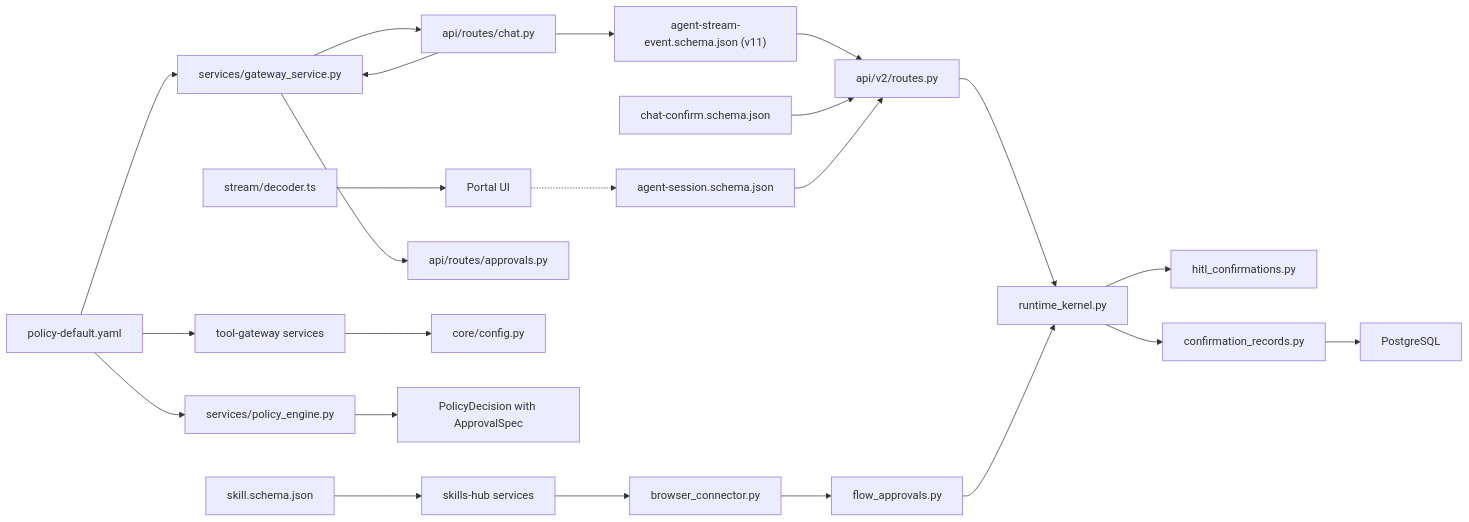
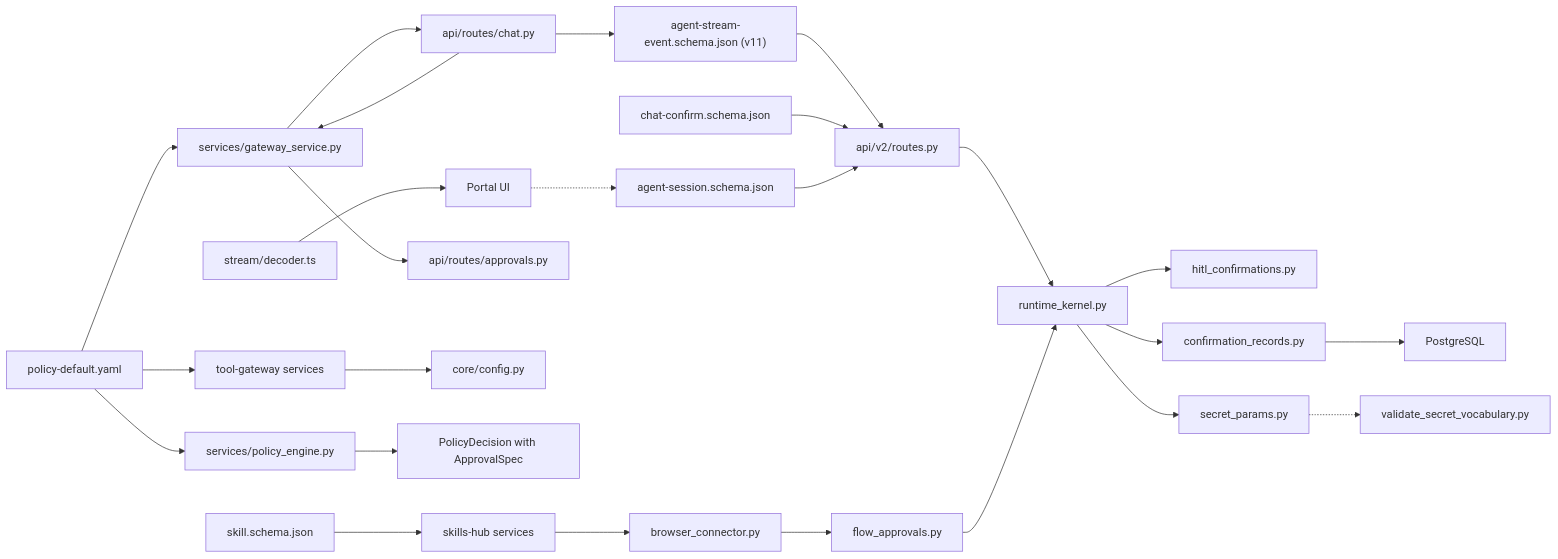
Before and after one commit to metasync/luban-aiops: diagram 15 of 15 in .qoder/repowiki/en/content/Agent Platform Service/HITL Confirmation Bridging (SPEC-020).md, drawn with Mermaid. The commit also changed other lines of this file and 48 other files, not shown here.

````diff
--- a/.qoder/repowiki/en/content/Agent Platform Service/HITL Confirmation Bridging (SPEC-020).md
+++ b/.qoder/repowiki/en/content/Agent Platform Service/HITL Confirmation Bridging (SPEC-020).md
@@ -800,25 +855,27 @@
 ```mermaid
 graph LR
 SCHEMA["agent-stream-event.schema.json (v11)"] --> ROUTES["api/v2/routes.py"]
 CONFIRM_SCHEMA["chat-confirm.schema.json"] --> ROUTES
 SESSION_SCHEMA["agent-session.schema.json"] --> ROUTES
 SKILL_SCHEMA["skill.schema.json"] --> SKILLSHUB["skills-hub services"]
 POLICY["policy-default.yaml"] --> GWSVC["services/gateway_service.py"]
 POLICY --> TGSVC["tool-gateway services"]
 POLICY --> PE["services/policy_engine.py"]
 GWSVC --> CHATROUTE["api/routes/chat.py"]
 GWSVC --> APPROVALSROUTE["api/routes/approvals.py"]
 ROUTES --> KERNEL["runtime_kernel.py"]
 KERNEL --> REGISTRY["hitl_confirmations.py"]
 KERNEL --> RECORDS["confirmation_records.py"]
+KERNEL --> SECRET["secret_params.py"]
 RECORDS --> POSTGRES["PostgreSQL"]
 CHATROUTE --> GWSVC
 CHATROUTE --> SCHEMA
 TGSVC --> CONFIG["core/config.py"]
 PE --> DECISION["PolicyDecision with ApprovalSpec"]
 DECODER["stream/decoder.ts"] --> PORTAL["Portal UI"]
 PORTAL -.-> SESSION_SCHEMA
 SKILLSHUB --> BROWSERCONN["browser_connector.py"]
 BROWSERCONN --> FLOWCTX["flow_approvals.py"]
 FLOWCTX --> KERNEL
+SECRET -.-> VALIDATE["validate_secret_vocabulary.py"]
 ```
````
